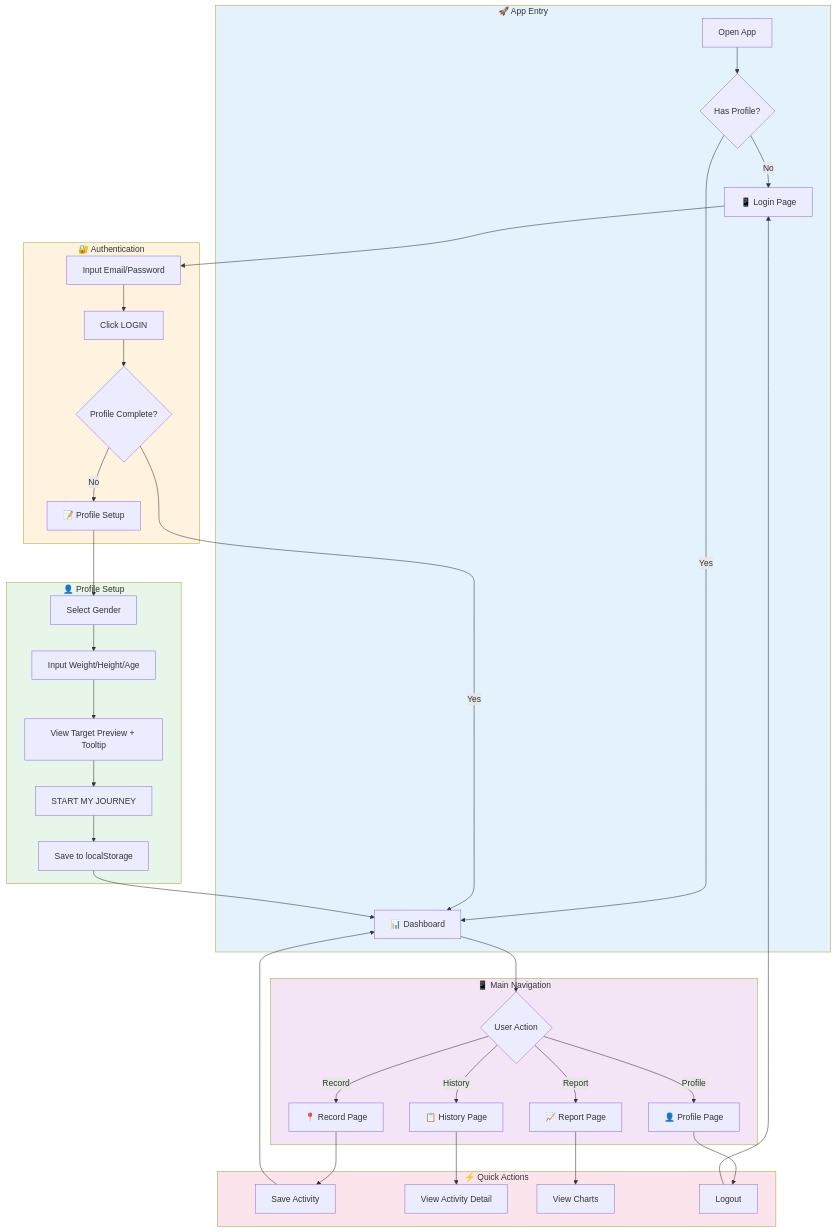
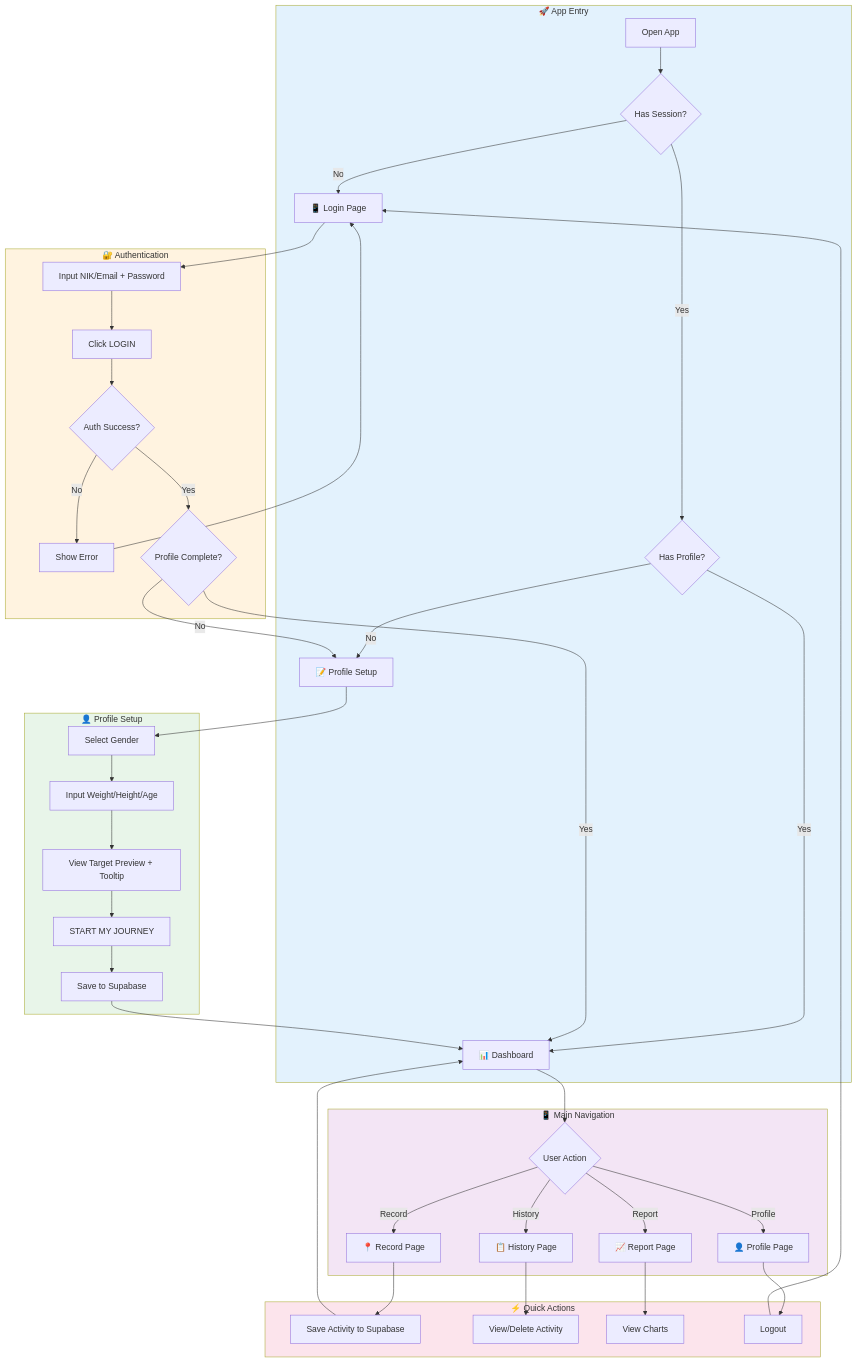
The first of 4 diagrams in docs/project_analysis.md (ilhaminudin24/ITDigital-wellbeing), drawn with Mermaid before and after one commit. The commit also changed other lines of this file and 5 other files, not shown here.

````diff
--- a/docs/project_analysis.md
+++ b/docs/project_analysis.md
@@ -80,48 +105,53 @@
 ```mermaid
 flowchart TD
     subgraph Entry["🚀 App Entry"]
-        A[Open App] --> B{Has Profile?}
+        A[Open App] --> B{Has Session?}
         B -->|No| C[📱 Login Page]
-        B -->|Yes| D[📊 Dashboard]
+        B -->|Yes| D{Has Profile?}
+        D -->|No| E[📝 Profile Setup]
+        D -->|Yes| F[📊 Dashboard]
     end
 
     subgraph Auth["🔐 Authentication"]
-        C --> E[Input Email/Password]
-        E --> F[Click LOGIN]
-        F --> G{Profile Complete?}
-        G -->|No| H[📝 Profile Setup]
-        G -->|Yes| D
+        C --> G[Input NIK/Email + Password]
+        G --> H[Click LOGIN]
+        H --> I{Auth Success?}
+        I -->|No| J[Show Error]
+        J --> C
+        I -->|Yes| K{Profile Complete?}
+        K -->|No| E
+        K -->|Yes| F
     end
 
     subgraph Profile["👤 Profile Setup"]
-        H --> I[Select Gender]
-        I --> J[Input Weight/Height/Age]
-        J --> K[View Target Preview + Tooltip]
-        K --> L[START MY JOURNEY]
-        L --> M[Save to localStorage]
-        M --> D
+        E --> L[Select Gender]
+        L --> M[Input Weight/Height/Age]
+        M --> N[View Target Preview + Tooltip]
+        N --> O[START MY JOURNEY]
+        O --> P[Save to Supabase]
+        P --> F
     end
 
     subgraph Main["📱 Main Navigation"]
-        D --> N{User Action}
-        N -->|Record| O[📍 Record Page]
-        N -->|History| P[📋 History Page]
-        N -->|Report| Q[📈 Report Page]
-        N -->|Profile| R[👤 Profile Page]
+        F --> Q{User Action}
+        Q -->|Record| R[📍 Record Page]
+        Q -->|History| S[📋 History Page]
+        Q -->|Report| T[📈 Report Page]
+        Q -->|Profile| U[👤 Profile Page]
     end
 
     subgraph Actions["⚡ Quick Actions"]
-        O --> S[Save Activity]
-        S --> D
-        P --> T[View Activity Detail]
-        Q --> U[View Charts]
-        R --> V[Logout]
-        V --> C
+        R --> V[Save Activity to Supabase]
+        V --> F
+        S --> W[View/Delete Activity]
+        T --> X[View Charts]
+        U --> Y[Logout]
+        Y --> C
     end
 
     style Entry fill:#e3f2fd
     style Auth fill:#fff3e0
     style Profile fill:#e8f5e9
     style Main fill:#f3e5f5
     style Actions fill:#fce4ec
 ```
````
